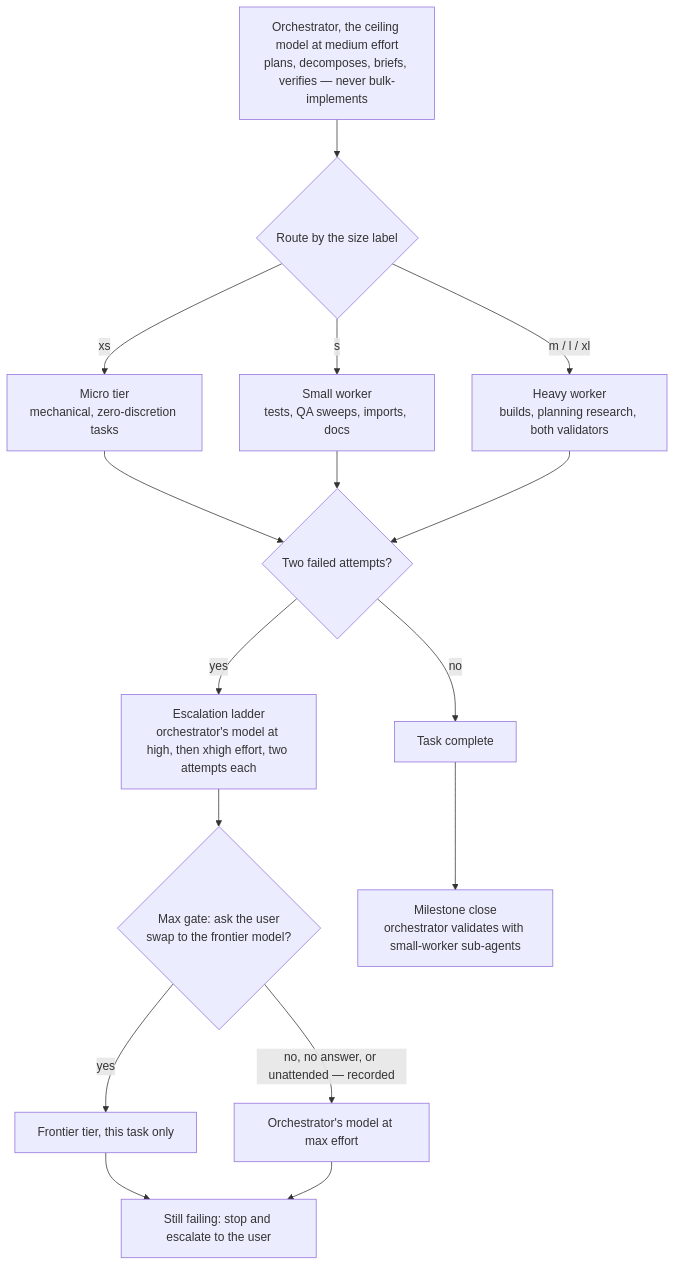
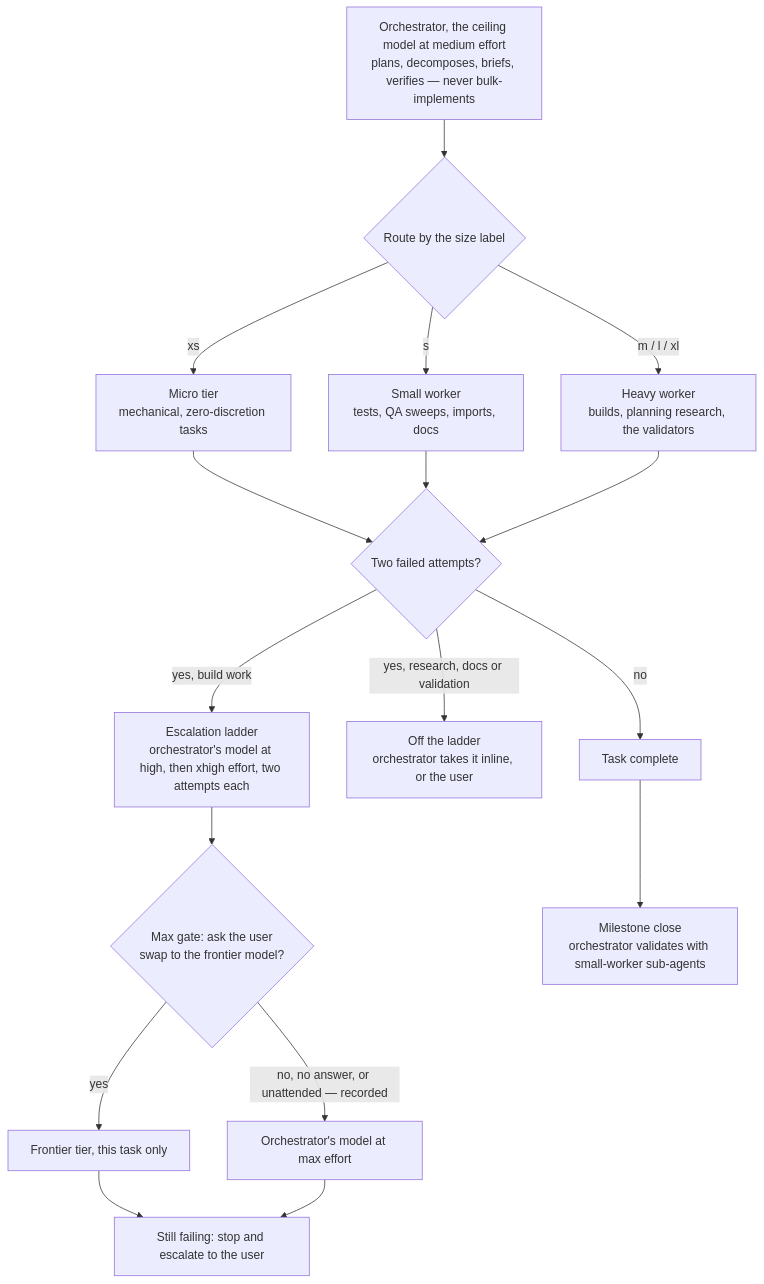
The second of 3 diagrams in README.md (Zenosyne-Technologies/agent-operating-kit), drawn with Mermaid before and after one commit. The commit also changed 4 other files, not shown here.

First line of the commit message:
AOS-138: only build personas climb; every other persona is off the ladder by definition

````diff
--- a/README.md
+++ b/README.md
@@ -138,18 +138,19 @@
 ```mermaid
 flowchart TD
     O["Orchestrator, the ceiling model at medium effort<br/>plans, decomposes, briefs, verifies — never bulk-implements"] --> R{"Route by the size label"}
     R -->|xs| MI["Micro tier<br/>mechanical, zero-discretion tasks"]
     R -->|s| SM["Small worker<br/>tests, QA sweeps, imports, docs"]
-    R -->|m / l / xl| HV["Heavy worker<br/>builds, planning research, both validators"]
+    R -->|m / l / xl| HV["Heavy worker<br/>builds, planning research, the validators"]
     MI --> X{"Two failed attempts?"}
     SM --> X
     HV --> X
-    X -->|yes| EH["Escalation ladder<br/>orchestrator's model at high, then xhigh effort, two attempts each"]
+    X -->|yes, build work| EH["Escalation ladder<br/>orchestrator's model at high, then xhigh effort, two attempts each"]
+    X -->|yes, research, docs or validation| OL["Off the ladder<br/>orchestrator takes it inline, or the user"]
     X -->|no| DN["Task complete"]
     EH --> MG{"Max gate: ask the user<br/>swap to the frontier model?"}
     MG -->|yes| EF["Frontier tier, this task only"]
     MG -->|no, no answer, or unattended — recorded| EM["Orchestrator's model at max effort"]
     EF --> ST["Still failing: stop and escalate to the user"]
     EM --> ST
     DN --> MS["Milestone close<br/>orchestrator validates with small-worker sub-agents"]
 ```
````
